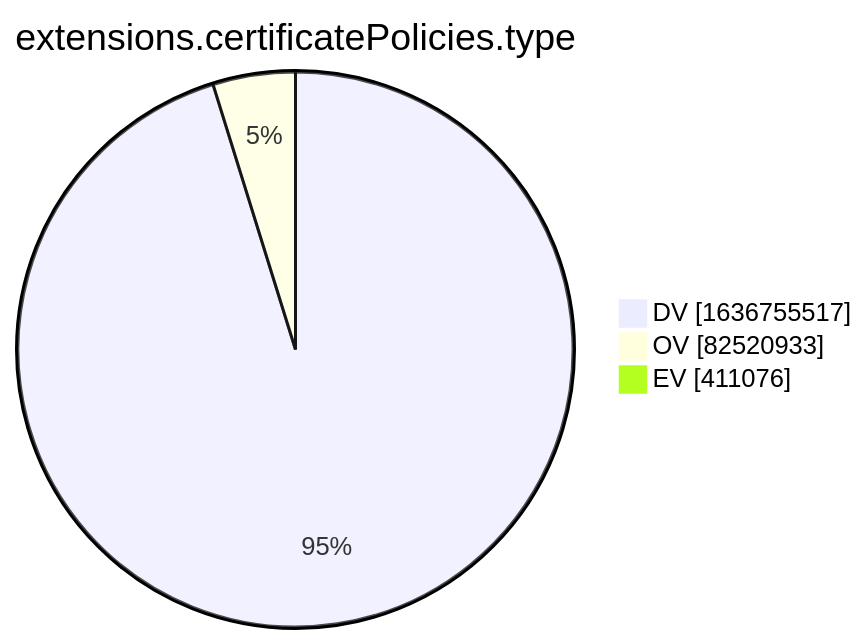
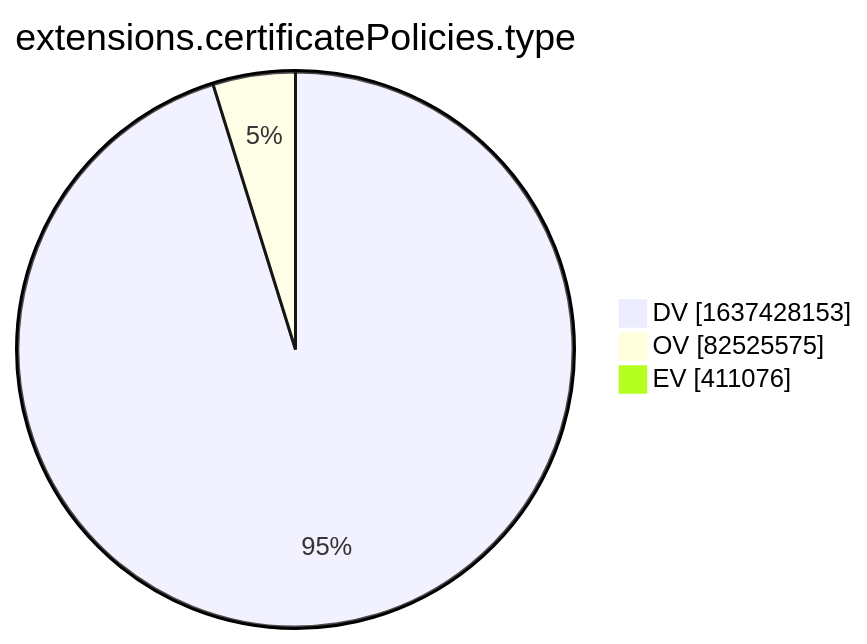
One commit to christiankrug/ctmonitor_visualization changed the tenth of 15 diagrams in xenon2022/README.md. Above: the diagram before and after it, drawn with Mermaid. The commit also changed other lines of this file, not shown here.

````diff
--- a/xenon2022/README.md
+++ b/xenon2022/README.md
@@ -2879,7 +2879,7 @@
 ```mermaid
 pie showData
 title extensions.certificatePolicies.type
-"DV" :1636755517
-"OV" :82520933
+"DV" :1637428153
+"OV" :82525575
 "EV" :411076
 ```
````
